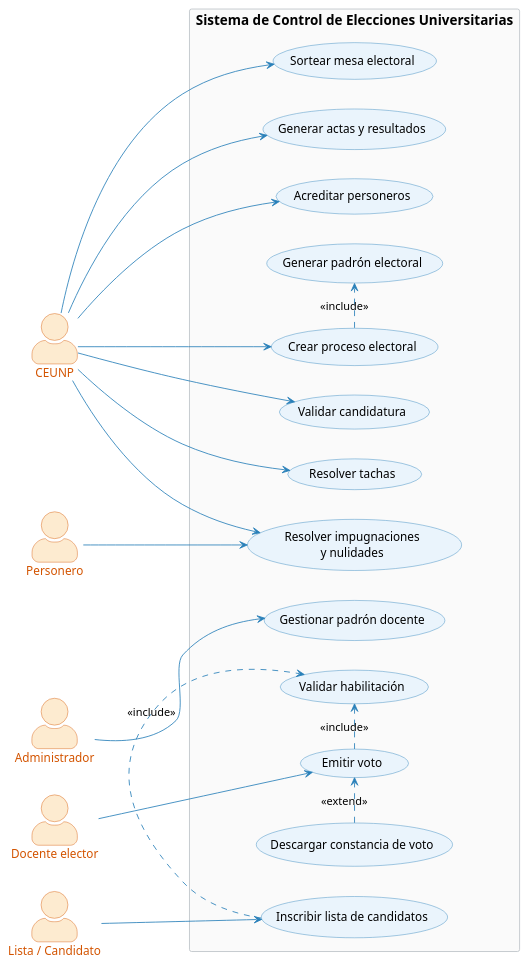
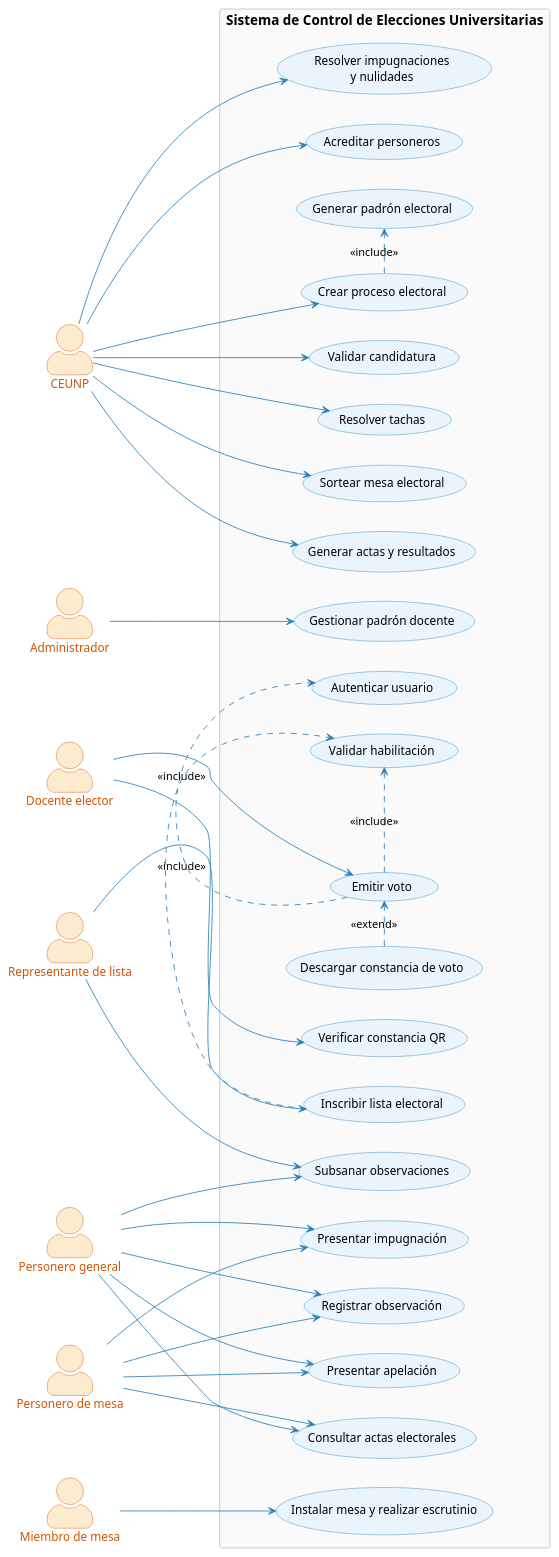
Before and after one commit to LeandroUniversitario/sistemaDeVotacionesUnp: the diagram in diagramas/diagrama_casos_uso_general.puml, drawn with PlantUML. The commit also changed 144 other files, not shown here.

```diff
--- a/diagramas/diagrama_casos_uso_general.puml
+++ b/diagramas/diagrama_casos_uso_general.puml
@@ -1,70 +1,92 @@
 @startuml Diagrama_Casos_Uso_General
 left to right direction
 skinparam actorStyle awesome
 skinparam packageStyle rectangle
 skinparam backgroundcolor transparent
 
 skinparam usecase {
     BackgroundColor #EAF4FC
     BorderColor #2980B9
     FontName Helvetica
     FontSize 14
     ArrowColor #2980B9
 }
 
 skinparam actor {
     BackgroundColor #FDEBD0
     BorderColor #D35400
     FontName Helvetica
     FontSize 14
     FontColor #D35400
 }
 
 skinparam rectangle {
     BackgroundColor #FAFAFA
     BorderColor #BDC3C7
     FontName Helvetica
     FontSize 16
     FontStyle bold
 }
 
 actor "CEUNP" as comite
 actor "Administrador" as admin
 actor "Docente elector" as elector
-actor "Lista / Candidato" as candidato
-actor "Personero" as personero
+actor "Representante de lista" as representante
+actor "Personero general" as personeroGeneral
+actor "Personero de mesa" as personeroMesa
+actor "Miembro de mesa" as miembroMesa
 
 rectangle "Sistema de Control de Elecciones Universitarias" {
   usecase "Gestionar padrón docente" as UC6
   usecase "Crear proceso electoral" as UC3
   usecase "Generar padrón electoral" as UC4
-  usecase "Inscribir lista de candidatos" as UC1
+  usecase "Inscribir lista electoral" as UC1
+  usecase "Subsanar observaciones" as UC16
   usecase "Validar candidatura" as UC2
   usecase "Resolver tachas" as UC12
   usecase "Sortear mesa electoral" as UC7
   usecase "Emitir voto" as UC5
+  usecase "Autenticar usuario" as UC14
   usecase "Generar actas y resultados" as UC8
+  usecase "Verificar constancia QR" as UC15
   usecase "Resolver impugnaciones\ny nulidades" as UC9
+  usecase "Presentar impugnación" as UC17
+  usecase "Presentar apelación" as UC18
+  usecase "Registrar observación" as UC19
+  usecase "Consultar actas electorales" as UC20
+  usecase "Instalar mesa y realizar escrutinio" as UC21
   usecase "Validar habilitación" as UC10
   usecase "Descargar constancia de voto" as UC11
   usecase "Acreditar personeros" as UC13
 }
 
 admin --> UC6
 comite --> UC3
 comite --> UC2
 comite --> UC7
 comite --> UC8
 comite --> UC9
 comite --> UC12
 comite --> UC13
-candidato --> UC1
+representante --> UC1
+representante --> UC16
 elector --> UC5
-personero --> UC9
+elector --> UC15
+personeroGeneral --> UC16
+personeroGeneral --> UC17
+personeroGeneral --> UC18
+personeroGeneral --> UC19
+personeroGeneral --> UC20
+personeroMesa --> UC17
+personeroMesa --> UC18
+personeroMesa --> UC19
+personeroMesa --> UC20
+miembroMesa --> UC21
 
 UC3 .> UC4 : <<include>>
 UC5 .> UC10 : <<include>>
+UC5 .> UC14 : <<include>>
 UC1 .> UC10 : <<include>>
 UC11 .> UC5 : <<extend>>
 
 @enduml
```
